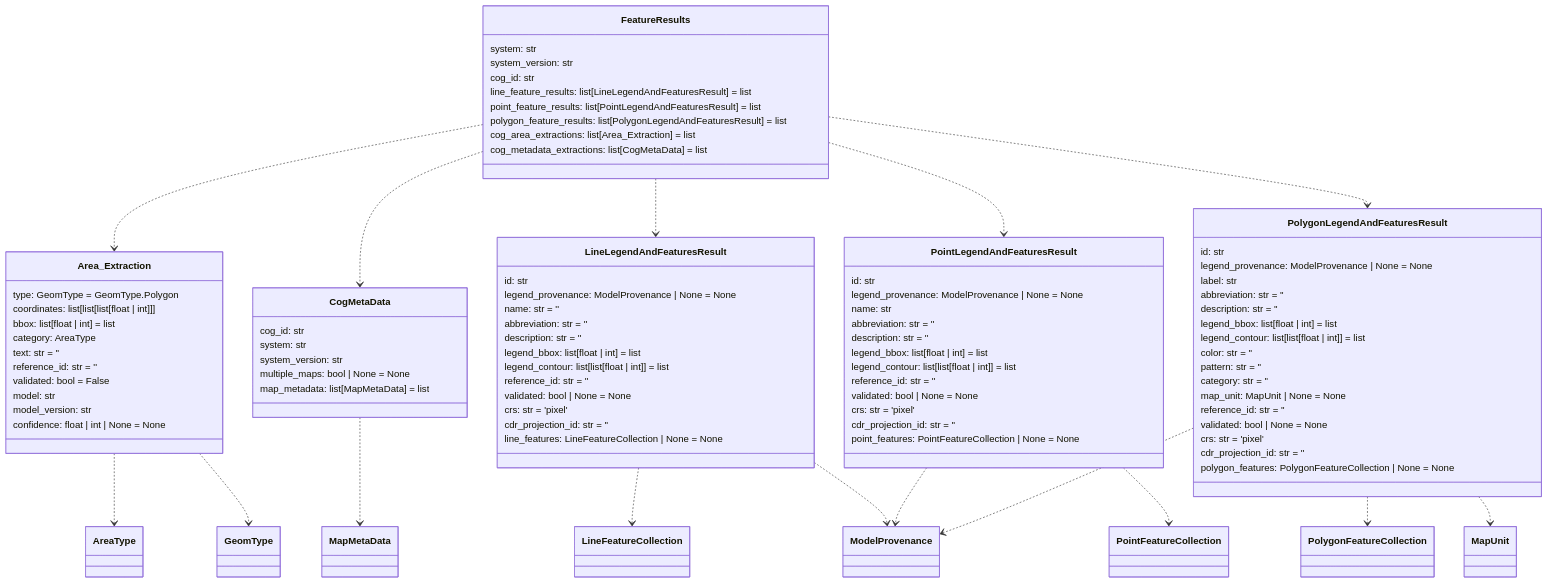
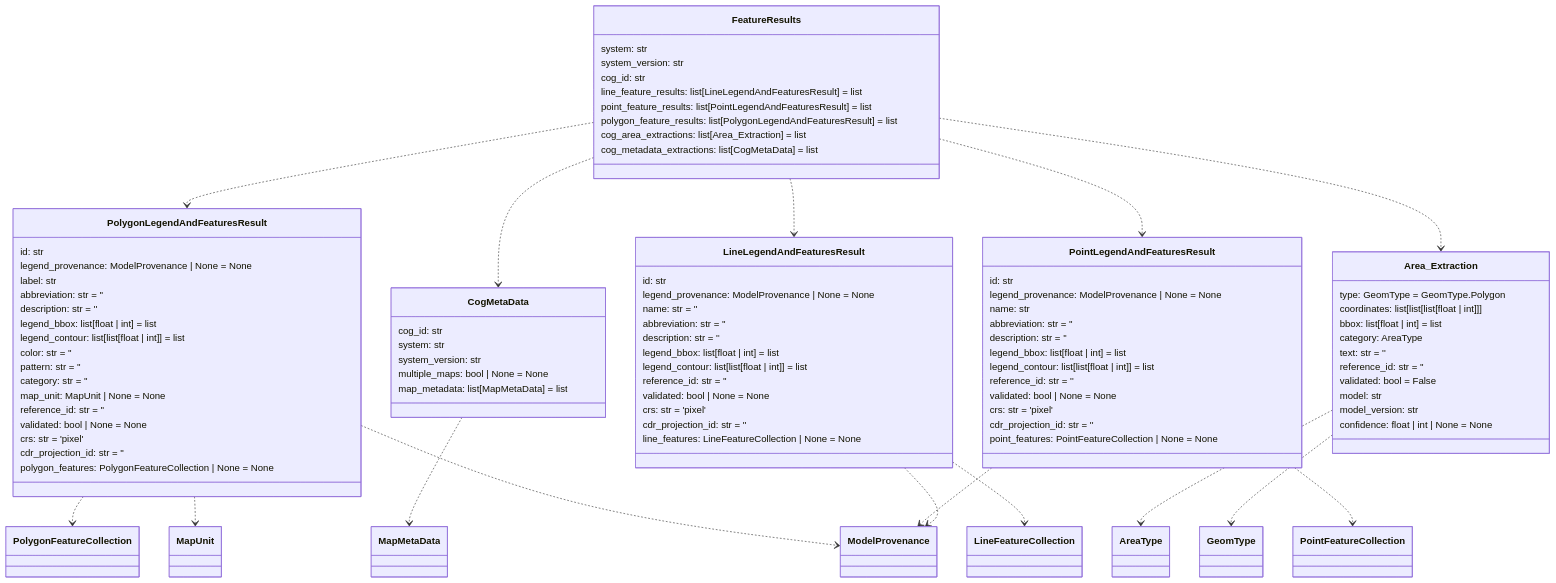
The fourth of 14 diagrams in README.md (DARPA-CRITICALMAAS/cdr_schemas), drawn with Mermaid before and after one commit. The commit also changed other lines of this file and 2 other files, not shown here.

First line of the commit message:
Fix `dash_pattern` (#63)

````diff
--- a/README.md
+++ b/README.md
@@ -258,5 +258,47 @@
 ```mermaid
 classDiagram
+
+    class PolygonLegendAndFeaturesResult {
+        id: str
+        legend_provenance: ModelProvenance | None = None
+        label: str
+        abbreviation: str = ''
+        description: str = ''
+        legend_bbox: list[float | int] = list
+        legend_contour: list[list[float | int]] = list
+        color: str = ''
+        pattern: str = ''
+        category: str = ''
+        map_unit: MapUnit | None = None
+        reference_id: str = ''
+        validated: bool | None = None
+        crs: str = 'pixel'
+        cdr_projection_id: str = ''
+        polygon_features: PolygonFeatureCollection | None = None
+    }
+
+    class CogMetaData {
+        cog_id: str
+        system: str
+        system_version: str
+        multiple_maps: bool | None = None
+        map_metadata: list[MapMetaData] = list
+    }
+
+    class LineLegendAndFeaturesResult {
+        id: str
+        legend_provenance: ModelProvenance | None = None
+        name: str = ''
+        abbreviation: str = ''
+        description: str = ''
+        legend_bbox: list[float | int] = list
+        legend_contour: list[list[float | int]] = list
+        reference_id: str = ''
+        validated: bool | None = None
+        crs: str = 'pixel'
+        cdr_projection_id: str = ''
+        line_features: LineFeatureCollection | None = None
+    }
 
     class Area_Extraction {
         type: GeomType = GeomType.Polygon
@@ -282,29 +324,6 @@
         cog_metadata_extractions: list[CogMetaData] = list
     }
 
-    class CogMetaData {
-        cog_id: str
-        system: str
-        system_version: str
-        multiple_maps: bool | None = None
-        map_metadata: list[MapMetaData] = list
-    }
-
-    class LineLegendAndFeaturesResult {
-        id: str
-        legend_provenance: ModelProvenance | None = None
-        name: str = ''
-        abbreviation: str = ''
-        description: str = ''
-        legend_bbox: list[float | int] = list
-        legend_contour: list[list[float | int]] = list
-        reference_id: str = ''
-        validated: bool | None = None
-        crs: str = 'pixel'
-        cdr_projection_id: str = ''
-        line_features: LineFeatureCollection | None = None
-    }
-
     class PointLegendAndFeaturesResult {
         id: str
         legend_provenance: ModelProvenance | None = None
@@ -320,40 +339,21 @@
         point_features: PointFeatureCollection | None = None
     }
 
-    class PolygonLegendAndFeaturesResult {
-        id: str
-        legend_provenance: ModelProvenance | None = None
-        label: str
-        abbreviation: str = ''
-        description: str = ''
-        legend_bbox: list[float | int] = list
-        legend_contour: list[list[float | int]] = list
-        color: str = ''
-        pattern: str = ''
-        category: str = ''
-        map_unit: MapUnit | None = None
-        reference_id: str = ''
-        validated: bool | None = None
-        crs: str = 'pixel'
-        cdr_projection_id: str = ''
-        polygon_features: PolygonFeatureCollection | None = None
-    }
-
     Area_Extraction ..> AreaType
     Area_Extraction ..> GeomType
+    LineLegendAndFeaturesResult ..> ModelProvenance
     LineLegendAndFeaturesResult ..> LineFeatureCollection
-    LineLegendAndFeaturesResult ..> ModelProvenance
     PointLegendAndFeaturesResult ..> PointFeatureCollection
     PointLegendAndFeaturesResult ..> ModelProvenance
     PolygonLegendAndFeaturesResult ..> PolygonFeatureCollection
+    PolygonLegendAndFeaturesResult ..> ModelProvenance
     PolygonLegendAndFeaturesResult ..> MapUnit
-    PolygonLegendAndFeaturesResult ..> ModelProvenance
     CogMetaData ..> MapMetaData
-    FeatureResults ..> Area_Extraction
+    FeatureResults ..> PolygonLegendAndFeaturesResult
     FeatureResults ..> CogMetaData
     FeatureResults ..> LineLegendAndFeaturesResult
+    FeatureResults ..> Area_Extraction
     FeatureResults ..> PointLegendAndFeaturesResult
-    FeatureResults ..> PolygonLegendAndFeaturesResult
 
 
 ```
````
